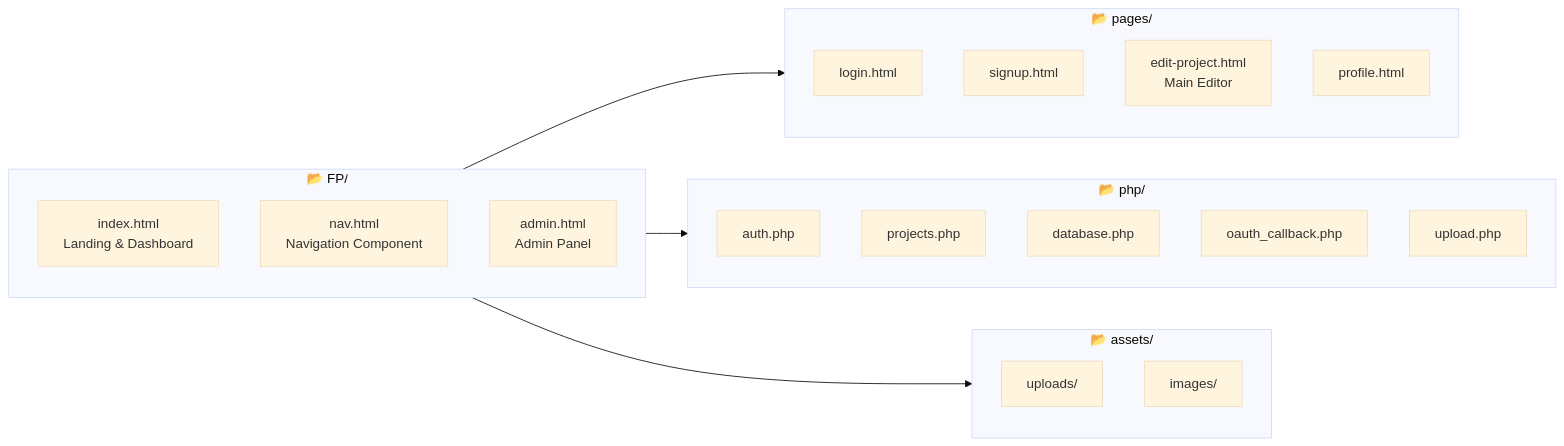
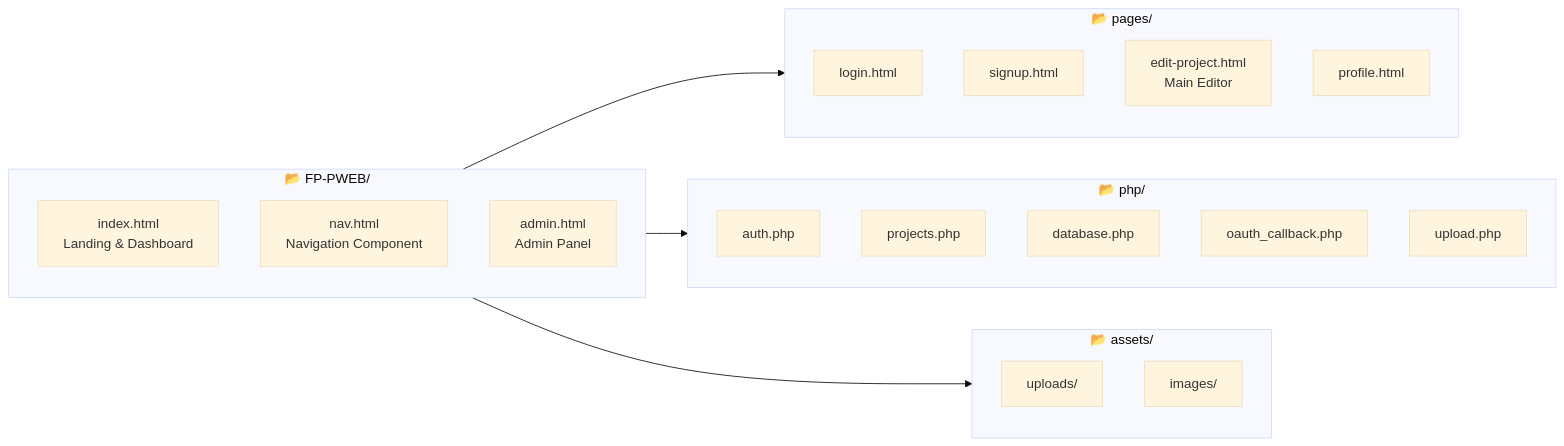
One commit to ZeroDraftWeb/FP-PWEB changed the second of 8 diagrams in project_diagram.md. Above: the diagram before and after it, drawn with Mermaid (base theme).

````diff
--- a/project_diagram.md
+++ b/project_diagram.md
@@ -48,36 +48,36 @@
 ```mermaid
 flowchart LR
-    subgraph Root["📂 FP/"]
+    subgraph Root["📂 FP-PWEB/"]
         direction TB
         INDEX["index.html<br/>Landing & Dashboard"]
         NAV["nav.html<br/>Navigation Component"]
         ADMIN["admin.html<br/>Admin Panel"]
     end
     
     subgraph Pages["📂 pages/"]
         direction TB
         LOGIN["login.html"]
         SIGNUP["signup.html"]
         EDIT["edit-project.html<br/>Main Editor"]
         PROFILE["profile.html"]
     end
     
     subgraph PHP["📂 php/"]
         direction TB
         P_AUTH["auth.php"]
         P_PROJ["projects.php"]
         P_DB["database.php"]
         P_OAUTH["oauth_callback.php"]
         P_UPLOAD["upload.php"]
     end
     
     subgraph Assets["📂 assets/"]
         direction TB
         UPLOADS["uploads/"]
         IMAGES["images/"]
     end
     
     Root --> Pages
     Root --> PHP
     Root --> Assets
 ```
````
